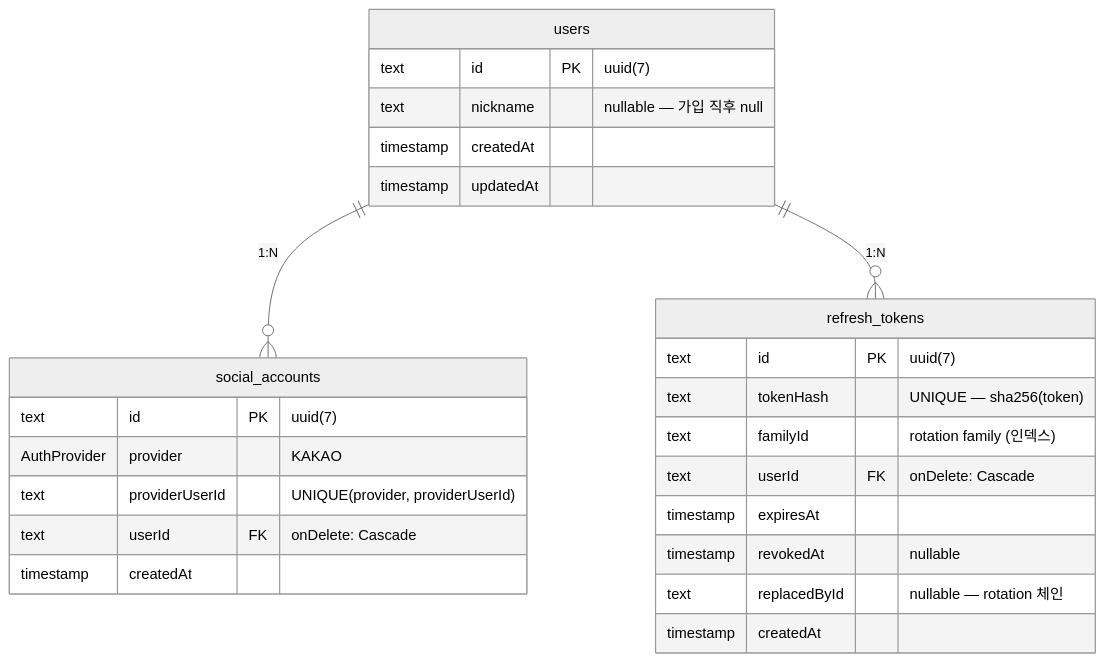
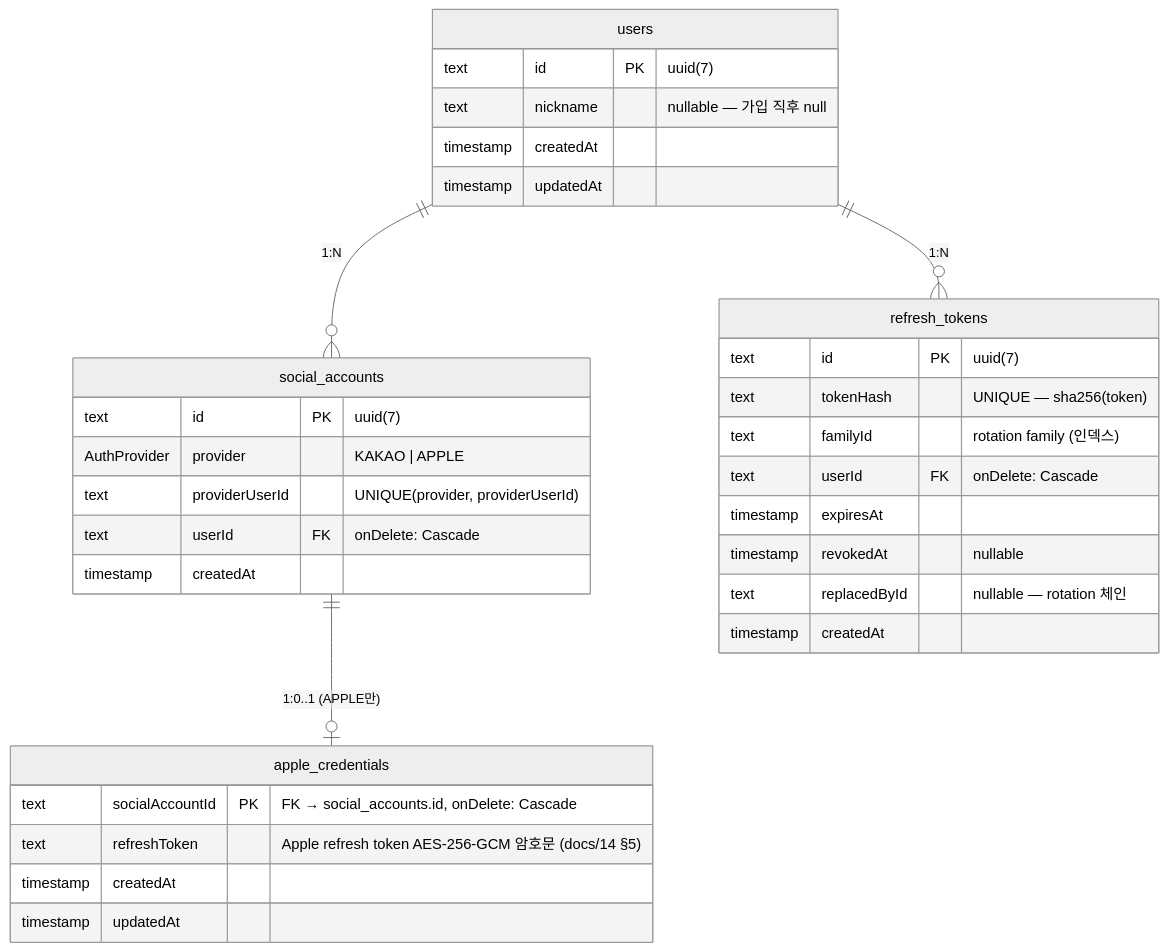
Before and after one commit to Remember-In/Tripic: the second of 3 diagrams in docs/10-auth-db-design.md, drawn with Mermaid (neutral theme). The commit also changed other lines of this file and 6 other files, not shown here.

First line of the commit message:
docs: design sign in with apple and sync the auth and legal docs

````diff
--- a/docs/10-auth-db-design.md
+++ b/docs/10-auth-db-design.md
@@ -94,31 +97,39 @@
 ```mermaid
 erDiagram
     users ||--o{ social_accounts : "1:N"
     users ||--o{ refresh_tokens : "1:N"
+    social_accounts ||--o| apple_credentials : "1:0..1 (APPLE만)"
 
     users {
         text id PK "uuid(7)"
         text nickname "nullable — 가입 직후 null"
         timestamp createdAt
         timestamp updatedAt
     }
 
     social_accounts {
         text id PK "uuid(7)"
-        AuthProvider provider "KAKAO"
+        AuthProvider provider "KAKAO | APPLE"
         text providerUserId "UNIQUE(provider, providerUserId)"
         text userId FK "onDelete: Cascade"
         timestamp createdAt
+    }
+
+    apple_credentials {
+        text socialAccountId PK "FK → social_accounts.id, onDelete: Cascade"
+        text refreshToken "Apple refresh token AES-256-GCM 암호문 (docs/14 §5)"
+        timestamp createdAt
+        timestamp updatedAt
     }
 
     refresh_tokens {
         text id PK "uuid(7)"
         text tokenHash "UNIQUE — sha256(token)"
         text familyId "rotation family (인덱스)"
         text userId FK "onDelete: Cascade"
         timestamp expiresAt
         timestamp revokedAt "nullable"
         text replacedById "nullable — rotation 체인"
         timestamp createdAt
     }
 ```
````
